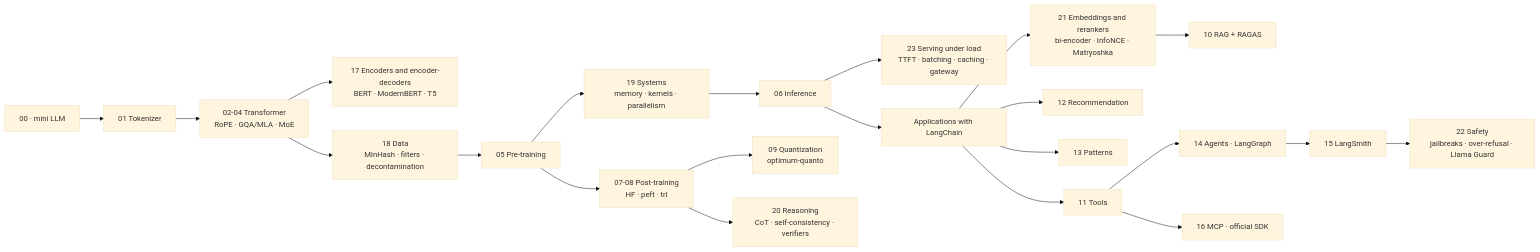
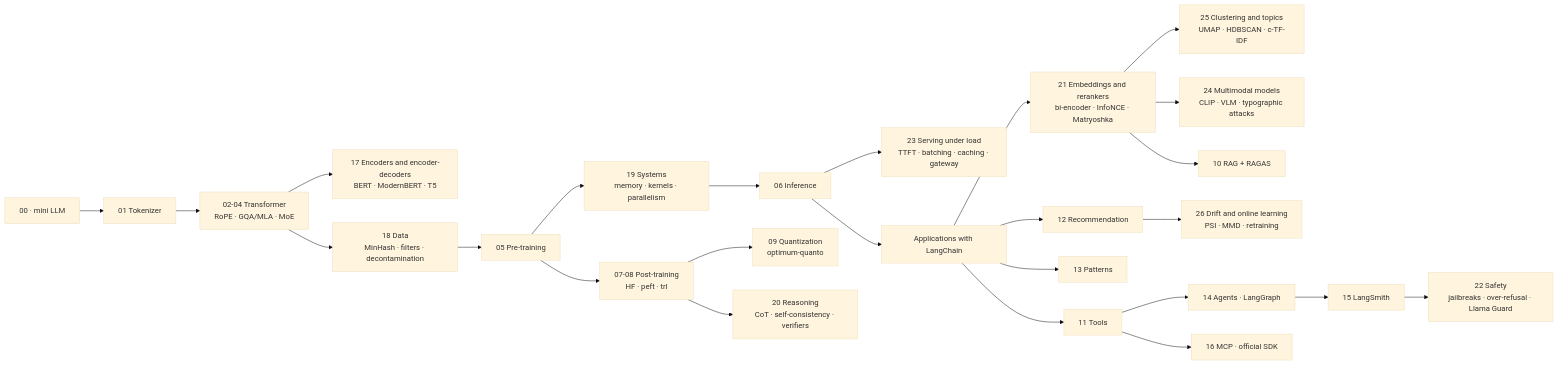
Before and after one commit to ZoodiacR/llm-edu-suite: the diagram in docs/en/README.md, drawn with Mermaid (base theme). The commit also changed other lines of this file and 21 other files, not shown here.

First line of the commit message:
Add multimodal, topic modeling and drift notebooks (v2.7)

````diff
--- a/docs/en/README.md
+++ b/docs/en/README.md
@@ -50,24 +56,27 @@
 ```mermaid
 flowchart LR
     Z[00 · mini LLM] --> B[01 Tokenizer]
     B --> C[02-04 Transformer<br/>RoPE · GQA/MLA · MoE]
     C --> Q["17 Encoders and encoder-decoders<br/>BERT · ModernBERT · T5"]
     C --> P["18 Data<br/>MinHash · filters · decontamination"]
     P --> D[05 Pre-training]
     D --> S["19 Systems<br/>memory · kernels · parallelism"]
     S --> E[06 Inference]
     E --> V["23 Serving under load<br/>TTFT · batching · caching · gateway"]
     D --> F["07-08 Post-training<br/>HF · peft · trl"]
     F --> G["09 Quantization<br/>optimum-quanto"]
     F --> R["20 Reasoning<br/>CoT · self-consistency · verifiers"]
     E --> H[Applications with LangChain]
     H --> T["21 Embeddings and rerankers<br/>bi-encoder · InfoNCE · Matryoshka"]
+    T --> X["25 Clustering and topics<br/>UMAP · HDBSCAN · c-TF-IDF"]
+    T --> W["24 Multimodal models<br/>CLIP · VLM · typographic attacks"]
     T --> I["10 RAG + RAGAS"]
     H --> K[12 Recommendation]
+    K --> Y["26 Drift and online learning<br/>PSI · MMD · retraining"]
     H --> L[13 Patterns]
     H --> J[11 Tools]
     J --> M["14 Agents · LangGraph"]
     J --> N["16 MCP · official SDK"]
     M --> O["15 LangSmith"]
     O --> U["22 Safety<br/>jailbreaks · over-refusal · Llama Guard"]
 ```
````
